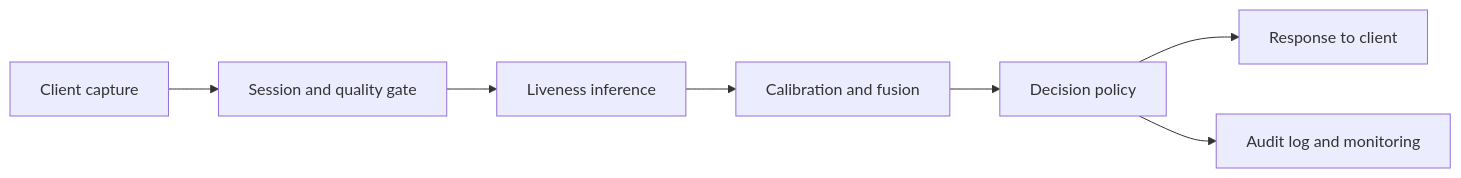
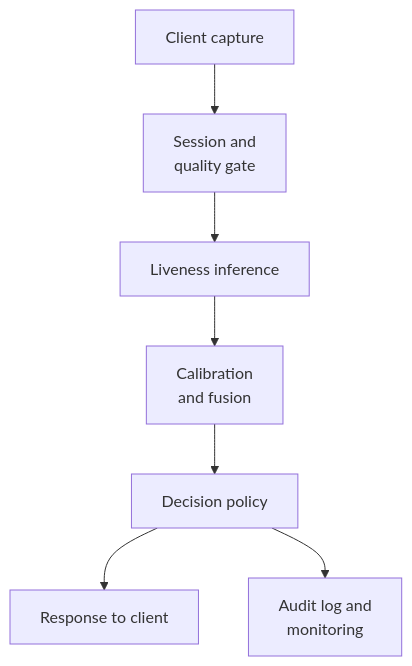
Before and after one commit to Nivratti/ekyc-face-liveness-playbook: the first of 3 diagrams in docs/23-system-architecture.md, drawn with Mermaid. The commit also changed 31 other files, not shown here.

Commit message:
docs: improve mermaid diagram readability by converting wide flows to vertical layouts

````diff
--- a/docs/23-system-architecture.md
+++ b/docs/23-system-architecture.md
@@ -27,9 +27,9 @@
 ```mermaid
-flowchart LR
-    A[Client capture] --> B[Session and quality gate]
+flowchart TB
+    A[Client capture] --> B[Session and<br/>quality gate]
     B --> C[Liveness inference]
-    C --> D[Calibration and fusion]
+    C --> D[Calibration<br/>and fusion]
     D --> E[Decision policy]
     E --> F[Response to client]
-    E --> G[Audit log and monitoring]
+    E --> G[Audit log and<br/>monitoring]
 ```
````
